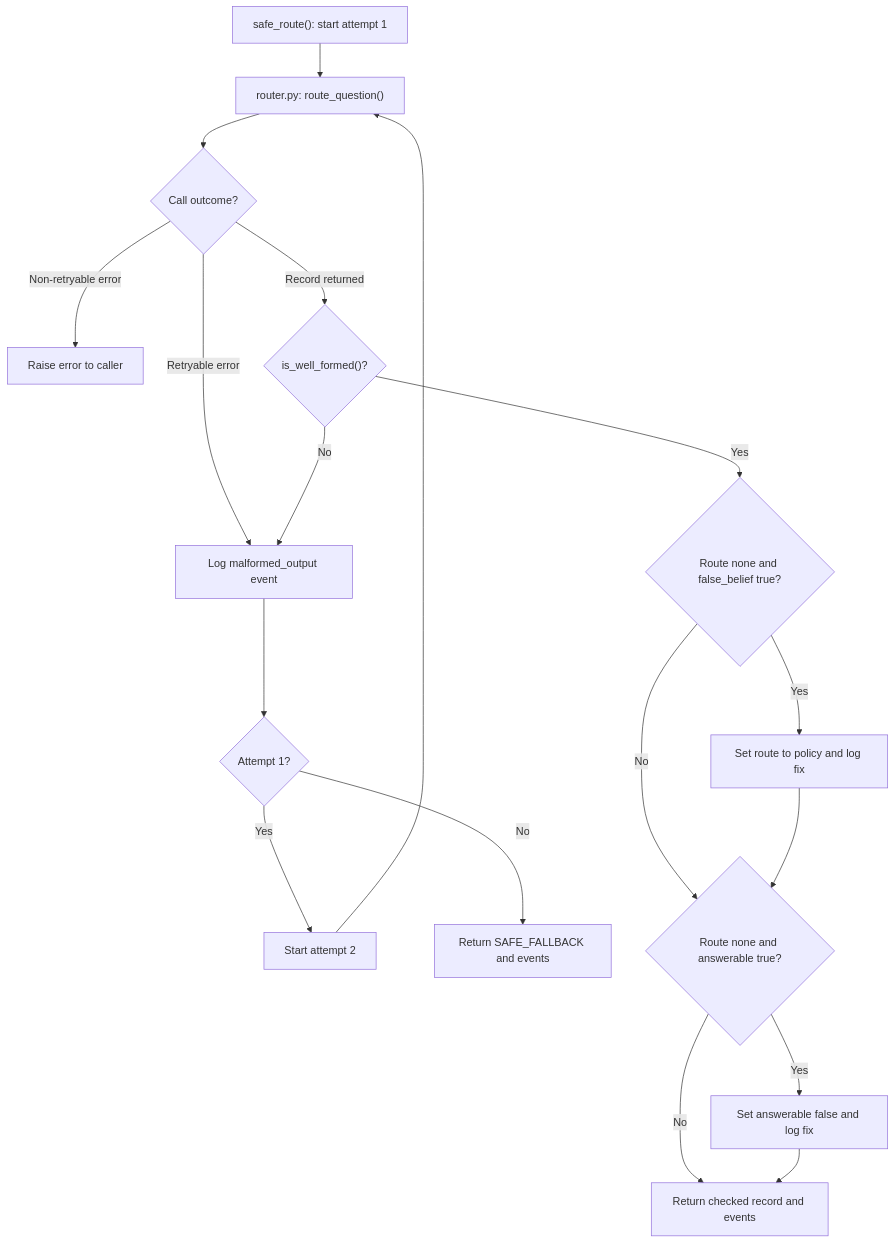
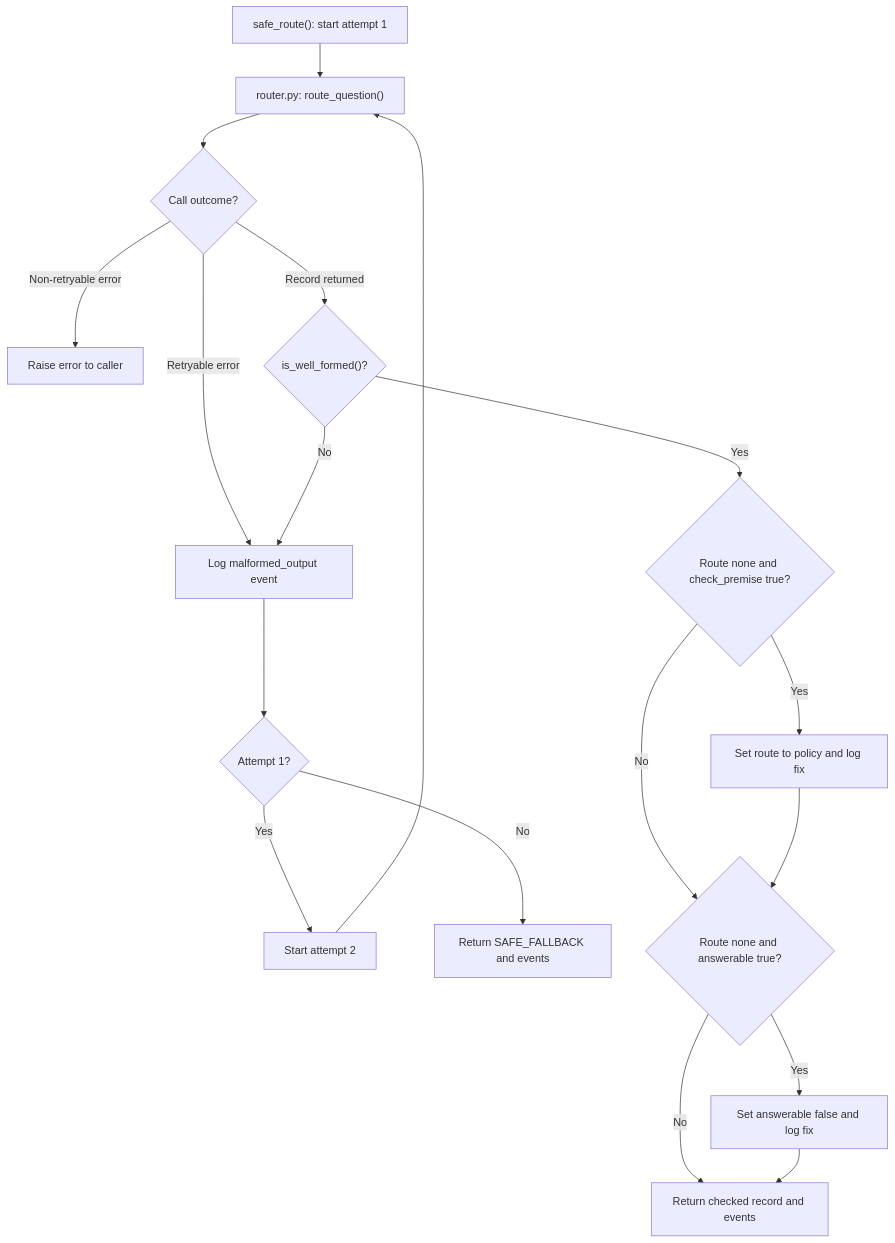
One commit to edwardbyl00/Gen-AI-and-LLM-Project changed the second of 5 diagrams in Docs/p2_supervisor_code.md. Above: the diagram before and after it, drawn with Mermaid. The commit also changed other lines of this file and 16 other files, not shown here.

Commit message:
Router flags premises to check (check_premise) instead of judging false beliefs; prompts v2; relabelled practice set

````diff
--- a/Docs/p2_supervisor_code.md
+++ b/Docs/p2_supervisor_code.md
@@ -41,20 +41,20 @@
 ```mermaid
 flowchart TD
     START["safe_route(): start attempt 1"] --> CALL["router.py: route_question()"]
     CALL --> RESULT{Call outcome?}
     RESULT -->|Non-retryable error| ERR[Raise error to caller]
     RESULT -->|Retryable error| LOG[Log malformed_output event]
     RESULT -->|Record returned| VALID{"is_well_formed()?"}
     VALID -->|No| LOG
     LOG --> RETRY{Attempt 1?}
     RETRY -->|Yes| AGAIN[Start attempt 2]
     AGAIN --> CALL
     RETRY -->|No| FALLBACK[Return SAFE_FALLBACK and events]
-    VALID -->|Yes| MYTH{Route none and false_belief true?}
+    VALID -->|Yes| MYTH{Route none and check_premise true?}
     MYTH -->|Yes| POLICY[Set route to policy and log fix]
     MYTH -->|No| ANSWERABLE{Route none and answerable true?}
     POLICY --> ANSWERABLE
     ANSWERABLE -->|Yes| FIX[Set answerable false and log fix]
     ANSWERABLE -->|No| DONE[Return checked record and events]
     FIX --> DONE
 ```
````
